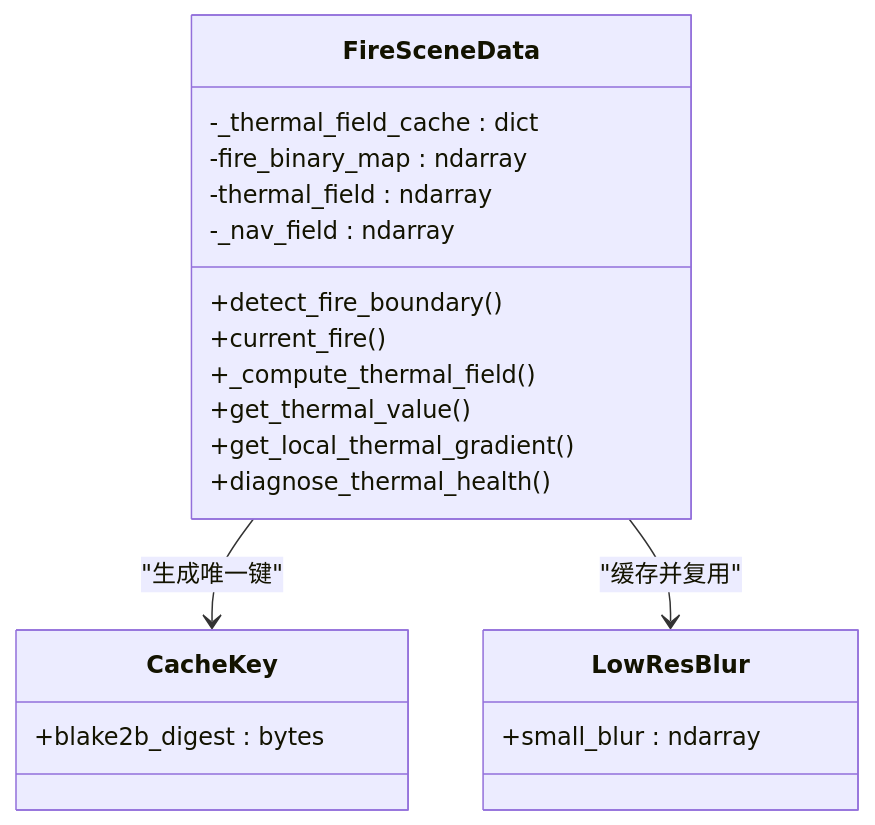
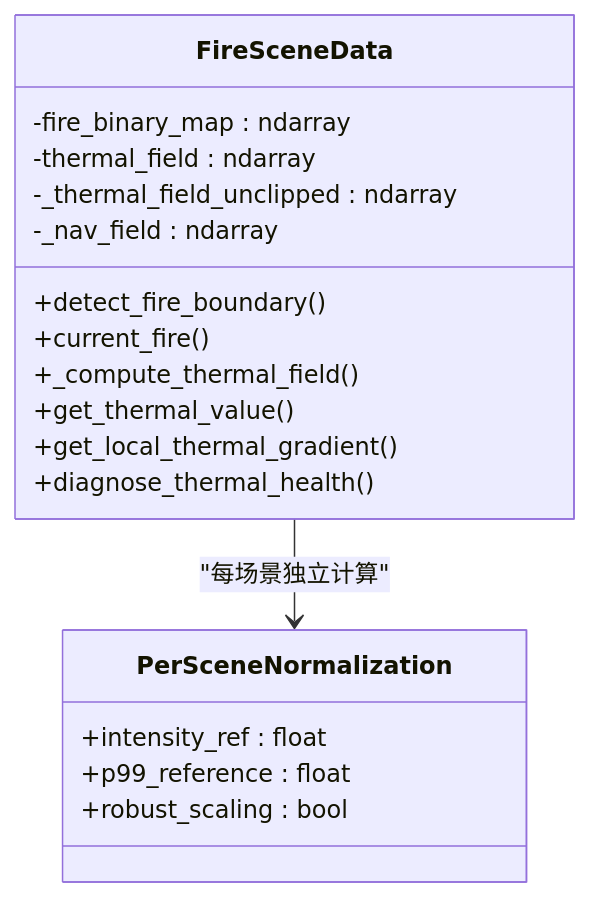
One commit to xixi10001/self_Adaptive changed the fourth of 7 diagrams in .qoder/repowiki/zh/content/项目概述/核心功能特性/热场优化计算/热场优化计算.md. Above: the diagram before and after it, drawn with Mermaid. The commit also changed other lines of this file and 21 other files, not shown here.

````diff
--- a/.qoder/repowiki/zh/content/项目概述/核心功能特性/热场优化计算/热场优化计算.md
+++ b/.qoder/repowiki/zh/content/项目概述/核心功能特性/热场优化计算/热场优化计算.md
@@ -188,23 +209,21 @@
 ```mermaid
 classDiagram
 class FireSceneData {
 +detect_fire_boundary()
 +current_fire()
 +_compute_thermal_field()
 +get_thermal_value()
 +get_local_thermal_gradient()
 +diagnose_thermal_health()
--_thermal_field_cache : dict
 -fire_binary_map : ndarray
 -thermal_field : ndarray
+-_thermal_field_unclipped : ndarray
 -_nav_field : ndarray
 }
-class CacheKey {
-+blake2b_digest : bytes
+class PerSceneNormalization {
++intensity_ref : float
++p99_reference : float
++robust_scaling : bool
 }
-class LowResBlur {
-+small_blur : ndarray
-}
-FireSceneData --> CacheKey : "生成唯一键"
-FireSceneData --> LowResBlur : "缓存并复用"
+FireSceneData --> PerSceneNormalization : "每场景独立计算"
 ```
````
